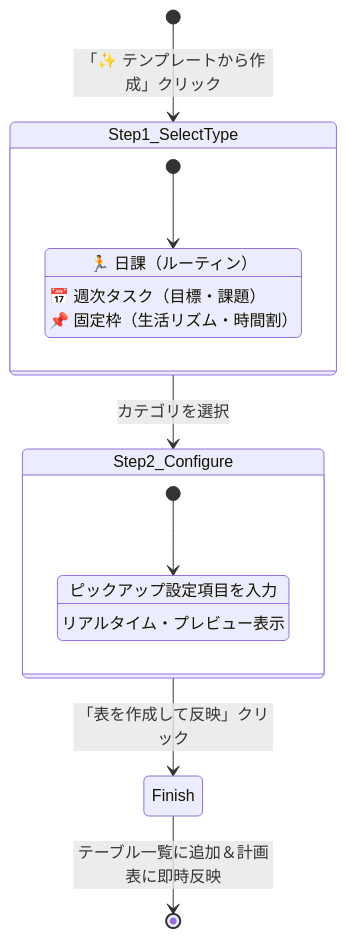
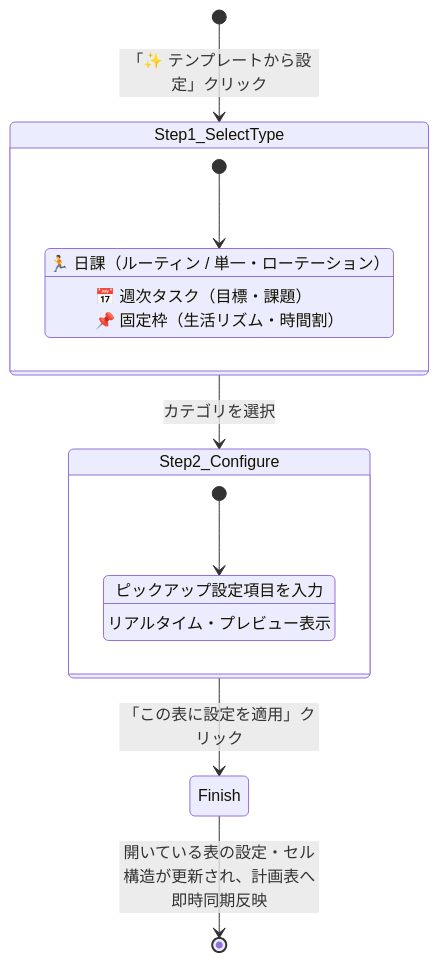
Before and after one commit to chku25062-sketch/creation_1: the third of 4 diagrams in Plan22.md, drawn with Mermaid. The commit also changed other lines of this file and 2 other files, not shown here.

Commit message:
feat(templates): 各表データ設定項目の先頭に「テンプレートから設定」を追加し既存表への適用に対応

````diff
--- a/Plan22.md
+++ b/Plan22.md
@@ -223,22 +231,22 @@
 ```mermaid
 stateDiagram-v2
-    [*] --> Step1_SelectType: 「✨ テンプレートから作成」クリック
+    [*] --> Step1_SelectType: 「✨ テンプレートから設定」クリック
     
     state Step1_SelectType {
         [*] --> CategoryCards
-        CategoryCards: 🏃 日課（ルーティン）
+        CategoryCards: 🏃 日課（ルーティン / 単一・ローテーション）
         CategoryCards: 📅 週次タスク（目標・課題）
         CategoryCards: 📌 固定枠（生活リズム・時間割）
     }
 
     Step1_SelectType --> Step2_Configure: カテゴリを選択
     
     state Step2_Configure {
         [*] --> FormFields
         FormFields: ピックアップ設定項目を入力
         FormFields: リアルタイム・プレビュー表示
     }
 
-    Step2_Configure --> Finish: 「表を作成して反映」クリック
-    Finish --> [*]: テーブル一覧に追加＆計画表に即時反映
+    Step2_Configure --> Finish: 「この表に設定を適用」クリック
+    Finish --> [*]: 開いている表の設定・セル構造が更新され、計画表へ即時同期反映
 ```
````
